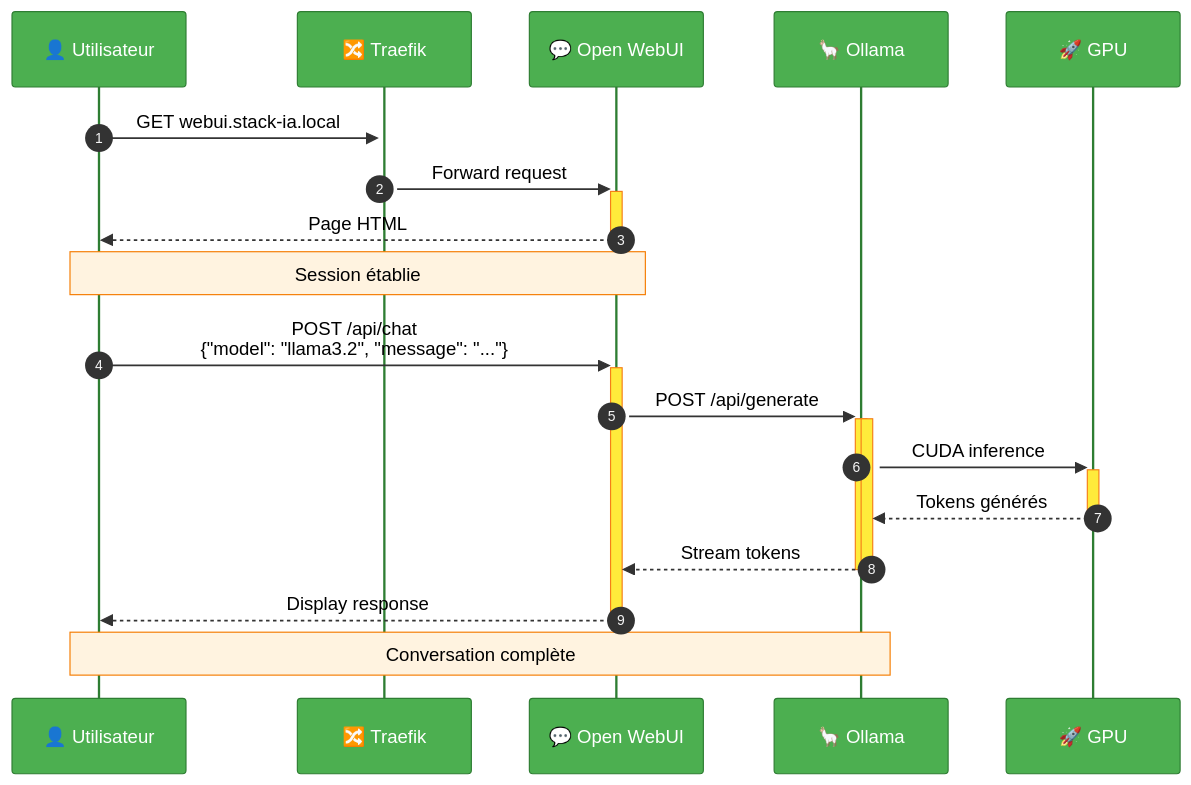
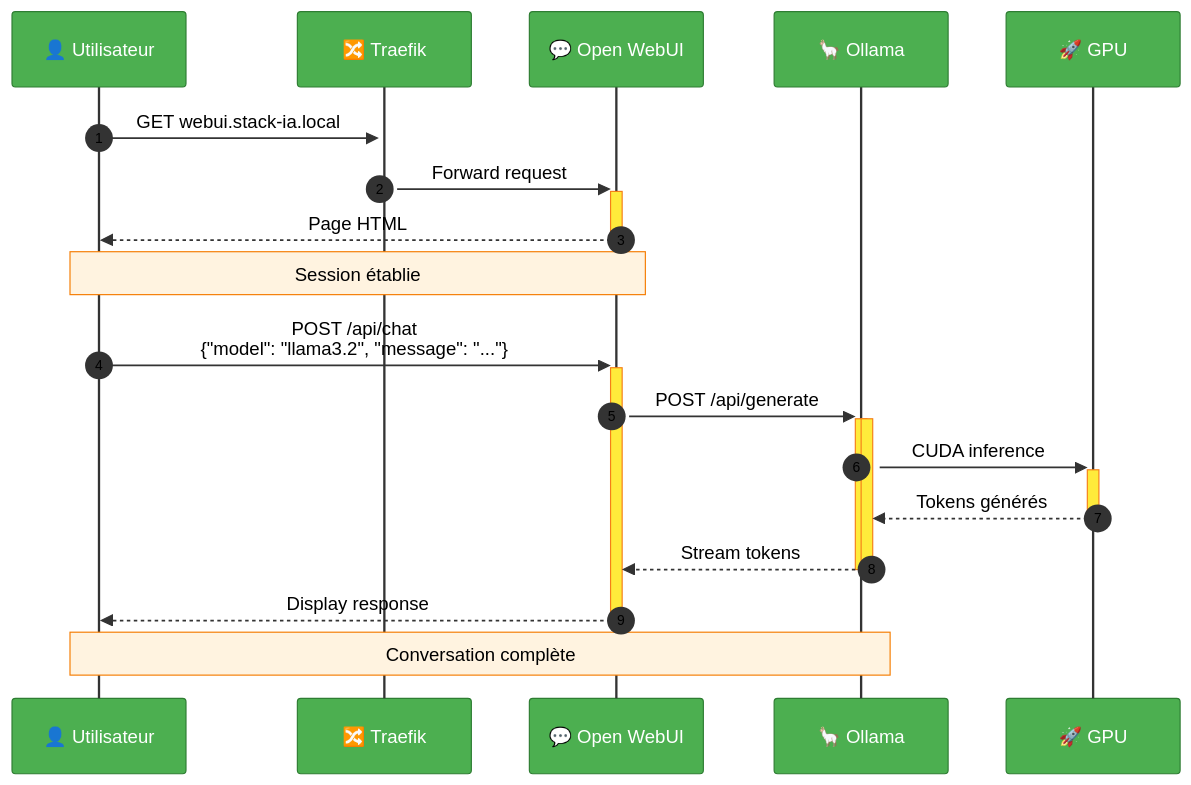
The seventh of 14 diagrams in docs/ARCHITECTURE.md (MPFabio/Stack-IA), drawn with Mermaid before and after one commit. The commit also changed other lines of this file, not shown here.

First line of the commit message:
fix(docs): Fond blanc + couleurs vives pour tous les diagrammes

````diff
--- a/docs/ARCHITECTURE.md
+++ b/docs/ARCHITECTURE.md
@@ -469,27 +471,27 @@
 ```mermaid
-%%{init: {'theme':'base', 'themeVariables': {'actorBkg':'#4CAF50','actorBorder':'#2e7d32','actorTextColor':'#fff','noteBkgColor':'#fff3e0','noteTextColor':'#000','noteBorderColor':'#f57c00','signalColor':'#333','signalTextColor':'#000','labelBoxBkgColor':'#e3f2fd','labelTextColor':'#000','loopTextColor':'#000','activationBkgColor':'#ffeb3b','activationBorderColor':'#f57f17'}}}%%
+%%{init: {'theme':'base', 'themeVariables': {'background':'#ffffff','mainBkg':'#ffffff','actorBkg':'#4CAF50','actorBorder':'#2e7d32','actorTextColor':'#fff','actorLineColor':'#333','noteBkgColor':'#fff3e0','noteTextColor':'#000','noteBorderColor':'#f57c00','signalColor':'#333','signalTextColor':'#000','labelBoxBkgColor':'#e3f2fd','labelTextColor':'#000','loopTextColor':'#000','activationBkgColor':'#ffeb3b','activationBorderColor':'#f57f17','sequenceNumberColor':'#000'}}}%%
 sequenceDiagram
     autonumber
     participant U as 👤 Utilisateur
     participant T as 🔀 Traefik
     participant W as 💬 Open WebUI
     participant O as 🦙 Ollama
     participant G as 🚀 GPU
     
     U->>+T: GET webui.stack-ia.local
     T->>+W: Forward request
     W-->>-U: Page HTML
     
     Note over U,W: Session établie
     
     U->>+W: POST /api/chat<br/>{"model": "llama3.2", "message": "..."}
     W->>+O: POST /api/generate
     activate O
     O->>+G: CUDA inference
     G-->>-O: Tokens générés
     O-->>-W: Stream tokens
     deactivate O
     W-->>-U: Display response
     
     Note over U,O: Conversation complète
 ```
````
